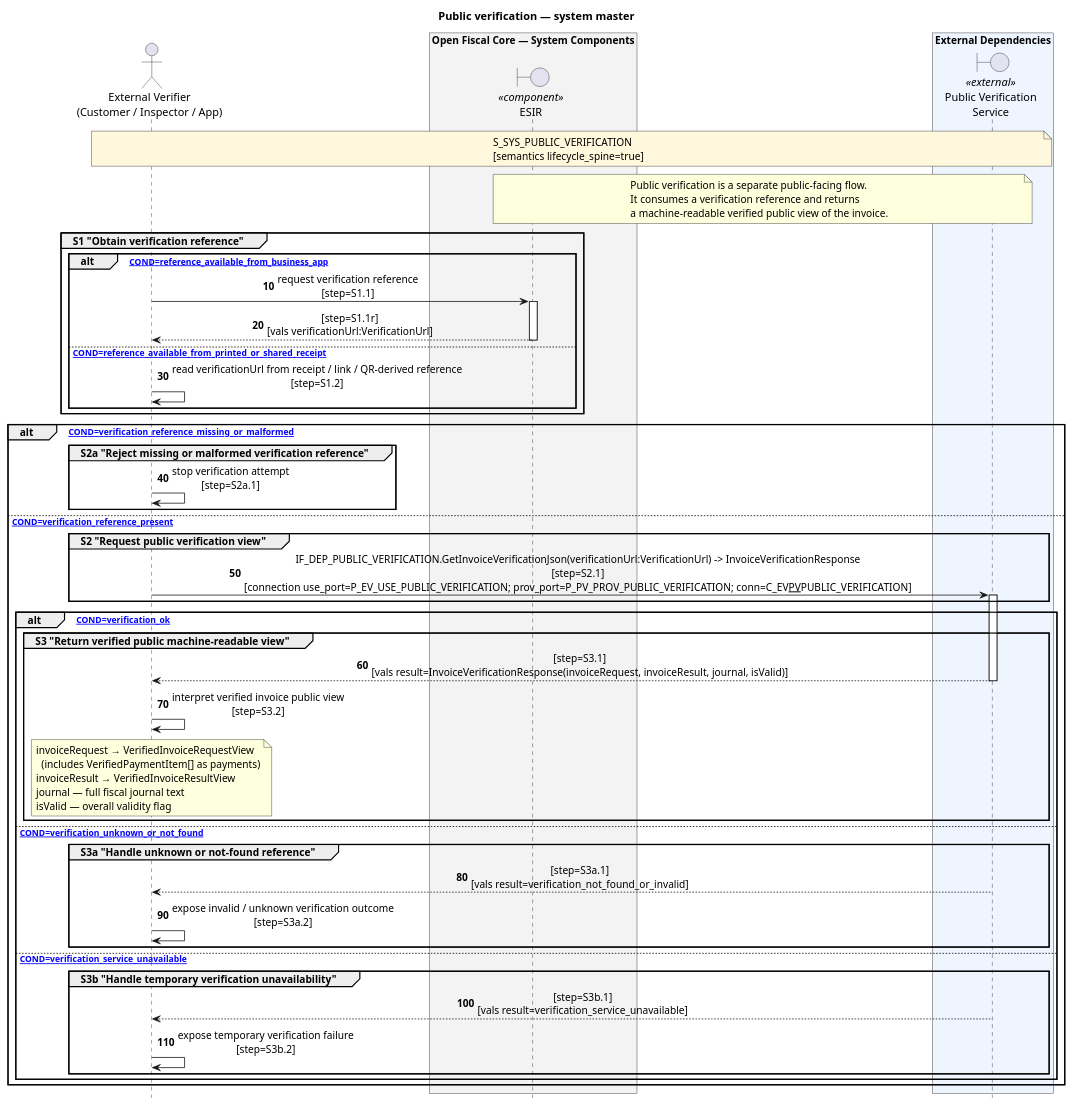
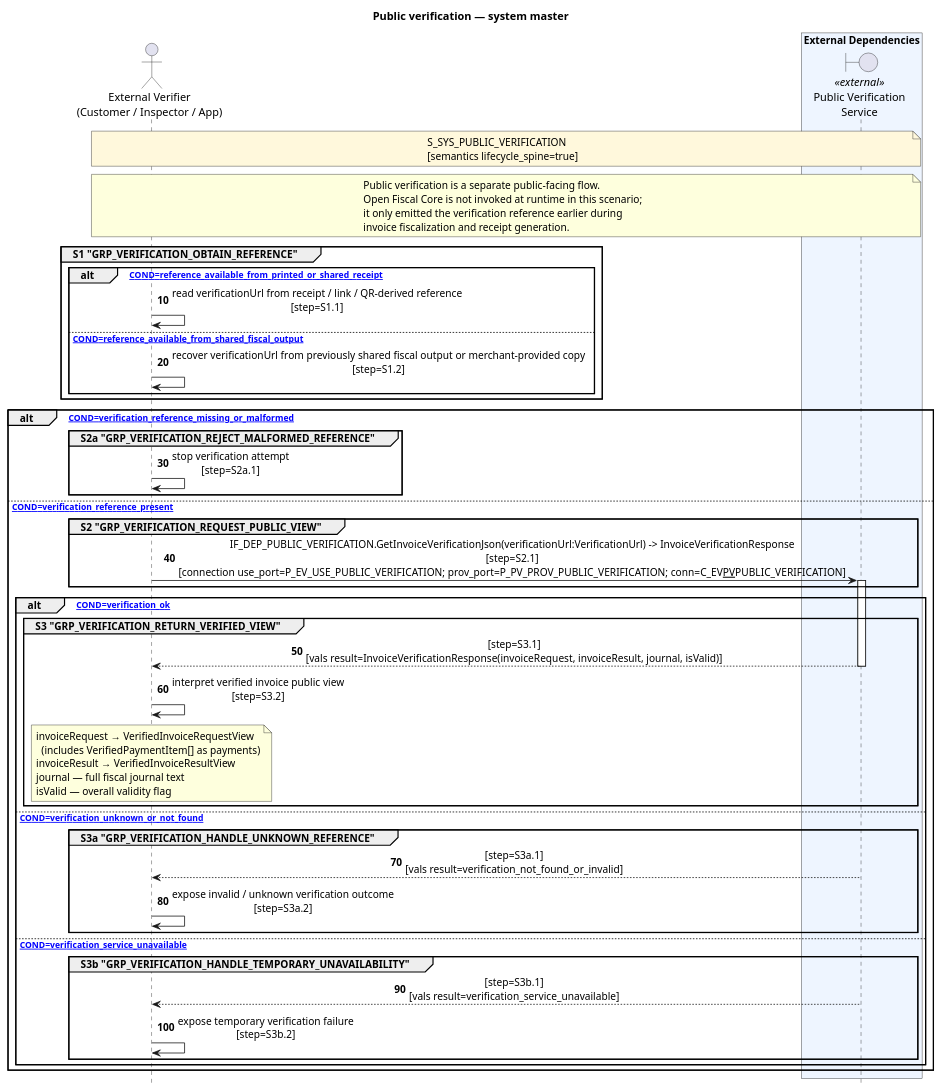
Before and after one commit to naucnikumetnik/open_esir: the diagram in eng/system/architecture/dynamic/design/S_SYS_PUBLIC_VERIFICATION.puml, drawn with PlantUML. The commit also changed 33 other files, not shown here.

```diff
--- a/eng/system/architecture/dynamic/design/S_SYS_PUBLIC_VERIFICATION.puml
+++ b/eng/system/architecture/dynamic/design/S_SYS_PUBLIC_VERIFICATION.puml
@@ -1,94 +1,88 @@
 @startuml
 title Public verification — system master
 
 hide footbox
 autonumber 10 10
 skinparam BoxPadding 12
 skinparam SequenceMessageAlign center
 skinparam Shadowing false
 skinparam ParticipantPadding 18
 skinparam ResponseMessageBelowArrow true
 skinparam DefaultFontName Monospace
 
 actor "External Verifier\n(Customer / Inspector / App)" as EV
 
-box "Open Fiscal Core — System Components" #F3F3F3
-  boundary "ESIR" as ESIR <<component>>
-end box
-
 box "External Dependencies" #EEF5FF
   boundary "Public Verification\nService" as PV <<external>>
 end box
 
 note over EV, PV #FFF8DC
 S_SYS_PUBLIC_VERIFICATION
 [semantics lifecycle_spine=true]
 end note
 
-note over ESIR, PV
+note over EV, PV
   Public verification is a separate public-facing flow.
-  It consumes a verification reference and returns
-  a machine-readable verified public view of the invoice.
+  Open Fiscal Core is not invoked at runtime in this scenario;
+  it only emitted the verification reference earlier during
+  invoice fiscalization and receipt generation.
 end note
 
-group S1 "Obtain verification reference"
-  alt [COND=reference_available_from_business_app]
-    EV -> ESIR : request verification reference\n[step=S1.1]
-    activate ESIR
-    ESIR --> EV : [step=S1.1r]\n[vals verificationUrl:VerificationUrl]
-    deactivate ESIR
-  else [COND=reference_available_from_printed_or_shared_receipt]
-    EV -> EV : read verificationUrl from receipt / link / QR-derived reference\n[step=S1.2]
+group S1 "GRP_VERIFICATION_OBTAIN_REFERENCE"
+  alt [COND=reference_available_from_printed_or_shared_receipt]
+    EV -> EV : read verificationUrl from receipt / link / QR-derived reference\n[step=S1.1]
+  else [COND=reference_available_from_shared_fiscal_output]
+    EV -> EV : recover verificationUrl from previously shared fiscal output or merchant-provided copy\n[step=S1.2]
   end
 end
 
 alt [COND=verification_reference_missing_or_malformed]
 
-  group S2a "Reject missing or malformed verification reference"
+  group S2a "GRP_VERIFICATION_REJECT_MALFORMED_REFERENCE"
     EV -> EV : stop verification attempt\n[step=S2a.1]
   end
 
 else [COND=verification_reference_present]
 
-  group S2 "Request public verification view"
+  group S2 "GRP_VERIFICATION_REQUEST_PUBLIC_VIEW"
     EV -> PV : IF_DEP_PUBLIC_VERIFICATION.GetInvoiceVerificationJson(verificationUrl:VerificationUrl) -> InvoiceVerificationResponse\n[step=S2.1]\n[connection use_port=P_EV_USE_PUBLIC_VERIFICATION; prov_port=P_PV_PROV_PUBLIC_VERIFICATION; conn=C_EV__PV__PUBLIC_VERIFICATION]
     activate PV
   end
 
   alt [COND=verification_ok]
 
-    group S3 "Return verified public machine-readable view"
+    group S3 "GRP_VERIFICATION_RETURN_VERIFIED_VIEW"
       PV --> EV : [step=S3.1]\n[vals result=InvoiceVerificationResponse(invoiceRequest, invoiceResult, journal, isValid)]
       deactivate PV
 
       EV -> EV : interpret verified invoice public view\n[step=S3.2]
       note over EV
         invoiceRequest → VerifiedInvoiceRequestView
           (includes VerifiedPaymentItem[] as payments)
         invoiceResult → VerifiedInvoiceResultView
         journal — full fiscal journal text
         isValid — overall validity flag
       end note
     end
 
   else [COND=verification_unknown_or_not_found]
 
-    group S3a "Handle unknown or not-found reference"
+    group S3a "GRP_VERIFICATION_HANDLE_UNKNOWN_REFERENCE"
       PV --> EV : [step=S3a.1]\n[vals result=verification_not_found_or_invalid]
       deactivate PV
       EV -> EV : expose invalid / unknown verification outcome\n[step=S3a.2]
     end
 
   else [COND=verification_service_unavailable]
 
-    group S3b "Handle temporary verification unavailability"
+    group S3b "GRP_VERIFICATION_HANDLE_TEMPORARY_UNAVAILABILITY"
       PV --> EV : [step=S3b.1]\n[vals result=verification_service_unavailable]
       deactivate PV
       EV -> EV : expose temporary verification failure\n[step=S3b.2]
     end
 
   end
 
 end
 
 @enduml
```
